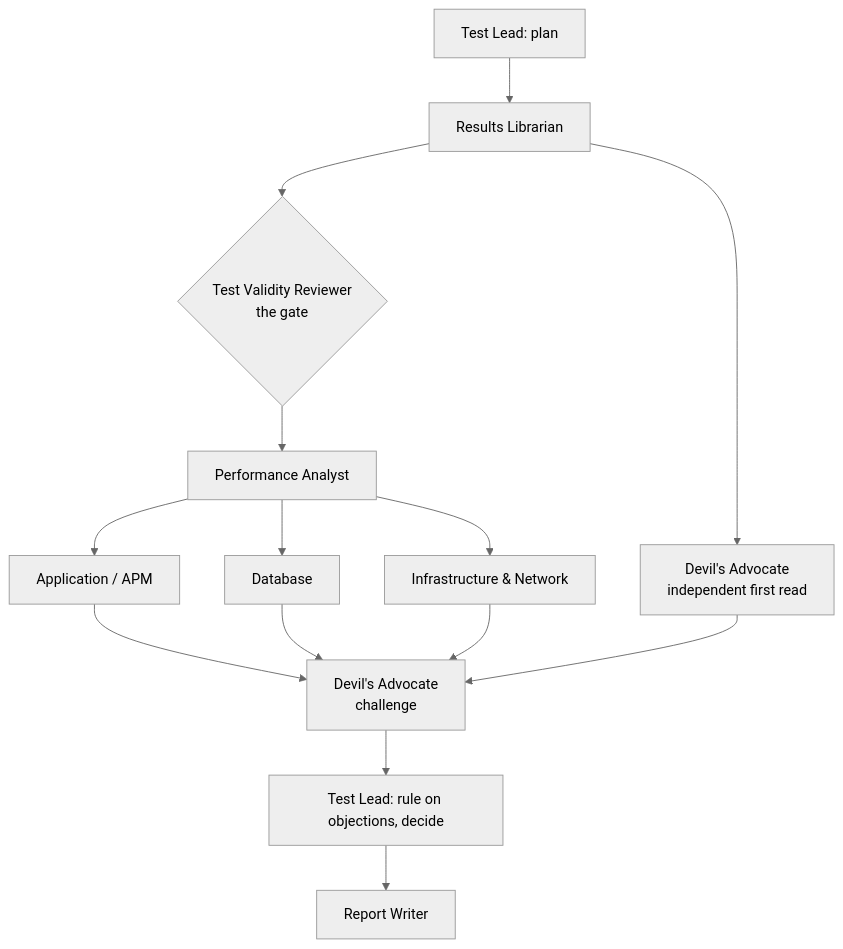
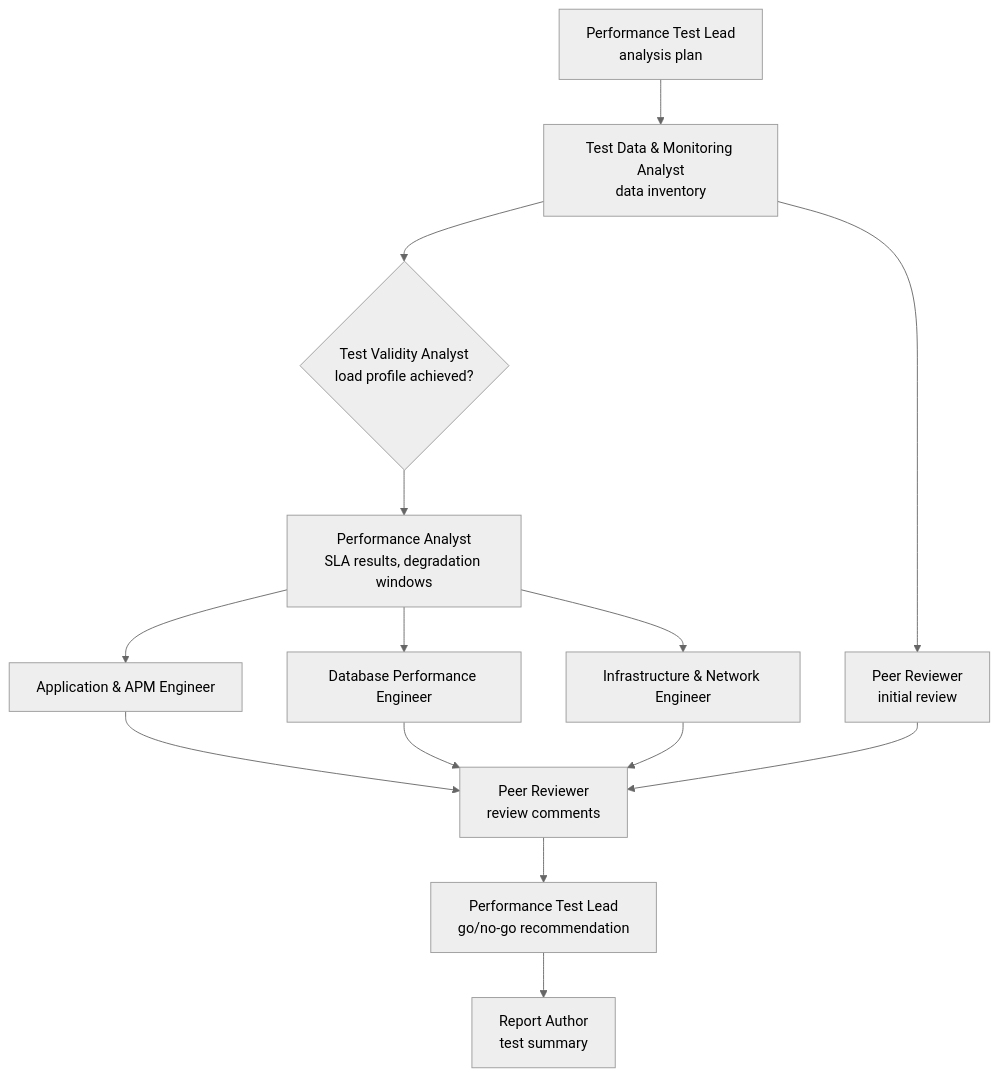
One commit to craiglabrie-lab/performance-evidence-lab changed the diagram in README.md. Above: the diagram before and after it, drawn with Mermaid (neutral theme). The commit also changed other lines of this file and 107 other files, not shown here.

````diff
--- a/README.md
+++ b/README.md
@@ -59,16 +39,16 @@
 ```mermaid
 flowchart TD
-    Lead1["Test Lead: plan"] --> Librarian["Results Librarian"]
-    Librarian --> Validity{"Test Validity Reviewer<br/>the gate"}
-    Librarian --> DA1["Devil's Advocate<br/>independent first read"]
-    Validity --> Analyst["Performance Analyst"]
-    Analyst --> App["Application / APM"]
-    Analyst --> DB["Database"]
-    Analyst --> Infra["Infrastructure & Network"]
-    App --> DA2["Devil's Advocate<br/>challenge"]
-    DB --> DA2
-    Infra --> DA2
-    DA1 --> DA2
-    DA2 --> Lead2["Test Lead: rule on objections, decide"]
-    Lead2 --> Writer["Report Writer"]
+    Lead1["Performance Test Lead<br/>analysis plan"] --> Data["Test Data & Monitoring Analyst<br/>data inventory"]
+    Data --> Validity{"Test Validity Analyst<br/>load profile achieved?"}
+    Data --> PR1["Peer Reviewer<br/>initial review"]
+    Validity --> Analyst["Performance Analyst<br/>SLA results, degradation windows"]
+    Analyst --> App["Application & APM Engineer"]
+    Analyst --> DB["Database Performance Engineer"]
+    Analyst --> Infra["Infrastructure & Network Engineer"]
+    App --> PR2["Peer Reviewer<br/>review comments"]
+    DB --> PR2
+    Infra --> PR2
+    PR1 --> PR2
+    PR2 --> Lead2["Performance Test Lead<br/>go/no-go recommendation"]
+    Lead2 --> Author["Report Author<br/>test summary"]
 ```
````
